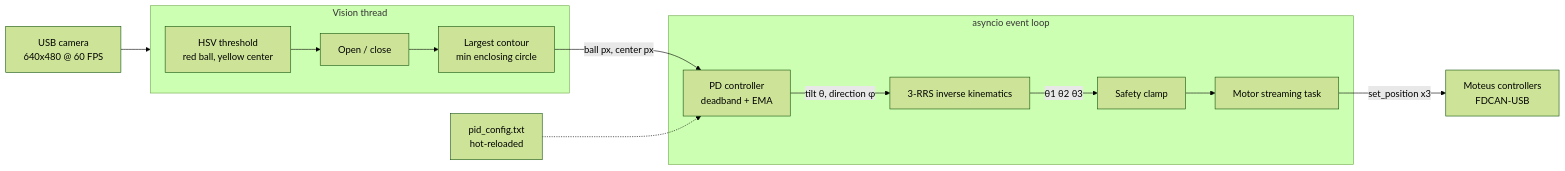
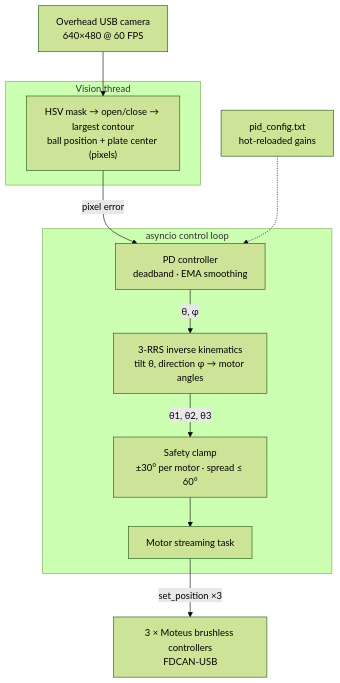
The diagram in README.md (DbugDiver/ball-balancing-robot), drawn with Mermaid (forest theme) before and after one commit.

Commit message:
Redraw architecture diagram as a vertical flow for readability

````diff
--- a/README.md
+++ b/README.md
@@ -40,15 +40,23 @@
 ```mermaid
-flowchart LR
-    CAM[USB camera<br/>640x480 @ 60 FPS] --> VT
-    subgraph VT[Vision thread]
-        HSV[HSV threshold<br/>red ball, yellow center] --> MORPH[Open / close] --> CNT[Largest contour<br/>min enclosing circle]
+flowchart TB
+    CAM["Overhead USB camera<br/>640×480 @ 60 FPS"]
+    subgraph V["Vision thread"]
+        DET["HSV mask → open/close → largest contour<br/>ball position + plate center (pixels)"]
     end
-    CNT -->|ball px, center px| CTRL
-    subgraph ASYNC[asyncio event loop]
-        CTRL[PD controller<br/>deadband + EMA] -->|tilt θ, direction φ| IK[3-RRS inverse kinematics]
-        IK -->|θ1 θ2 θ3| SAFE[Safety clamp]
-        SAFE --> MOT[Motor streaming task]
+    subgraph C["asyncio control loop"]
+        PD["PD controller<br/>deadband · EMA smoothing"]
+        IK["3-RRS inverse kinematics<br/>tilt θ, direction φ → motor angles"]
+        SAFE["Safety clamp<br/>±30° per motor · spread ≤ 60°"]
+        MOT["Motor streaming task"]
     end
-    MOT -->|set_position x3| MOTEUS[Moteus controllers<br/>FDCAN-USB]
-    CFG[pid_config.txt<br/>hot-reloaded] -.-> CTRL
+    CFG["pid_config.txt<br/>hot-reloaded gains"]
+    HW["3 × Moteus brushless controllers<br/>FDCAN-USB"]
+
+    CAM --> DET
+    DET -->|pixel error| PD
+    CFG -.-> PD
+    PD -->|θ, φ| IK
+    IK -->|θ1, θ2, θ3| SAFE
+    SAFE --> MOT
+    MOT -->|set_position ×3| HW
 ```
````
